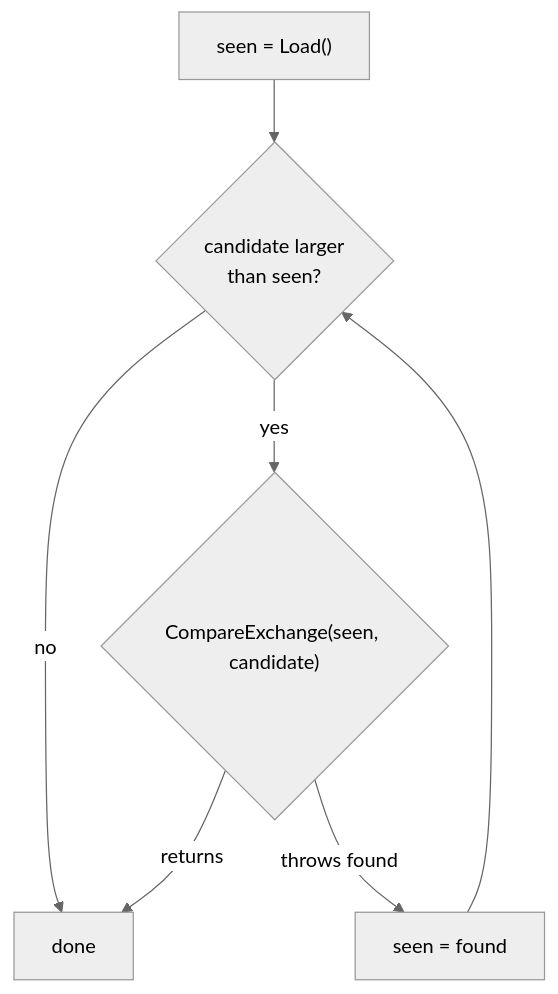
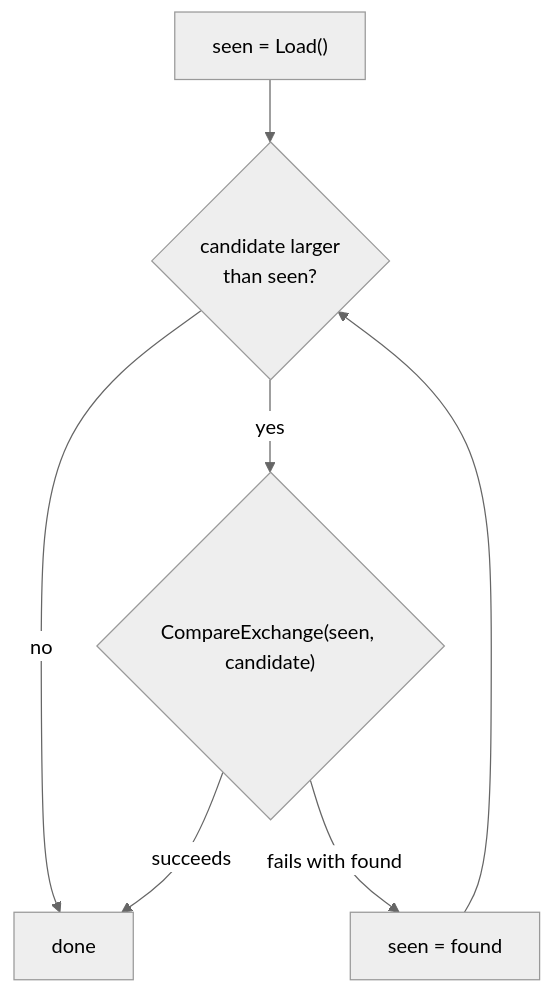
The diagram in content/docs/1.learn/25.concurrency/02.atomic.md (rux-lang/Web), drawn with Mermaid (neutral theme) before and after one commit. The commit also changed other lines of this file and 30 other files, not shown here.

````diff
--- a/content/docs/1.learn/25.concurrency/02.atomic.md
+++ b/content/docs/1.learn/25.concurrency/02.atomic.md
@@ -109,9 +105,9 @@
 ```mermaid
 flowchart TD
     a["`seen = Load()`"] --> b{"candidate larger<br/>than seen?"}
     b -- "no" --> done["done"]
     b -- "yes" --> c{"`CompareExchange(seen, candidate)`"}
-    c -- "returns" --> done
-    c -- "throws found" --> d["`seen = found`"]
+    c -- "succeeds" --> done
+    c -- "fails with found" --> d["`seen = found`"]
     d --> b
 ```
````
